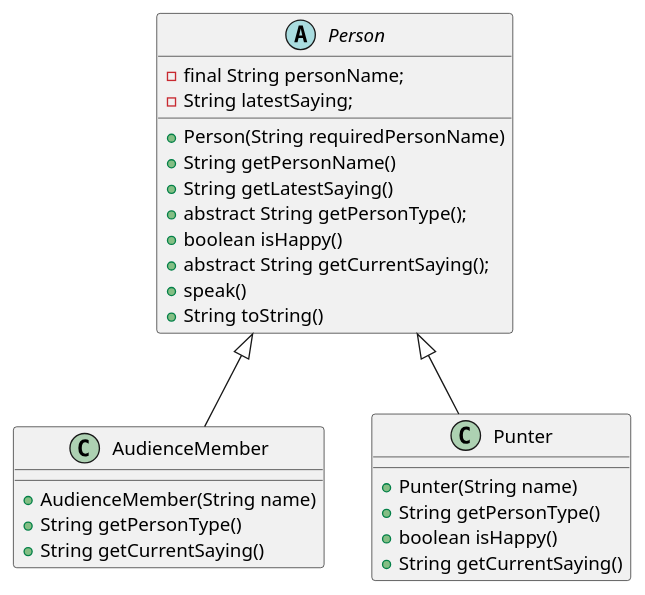
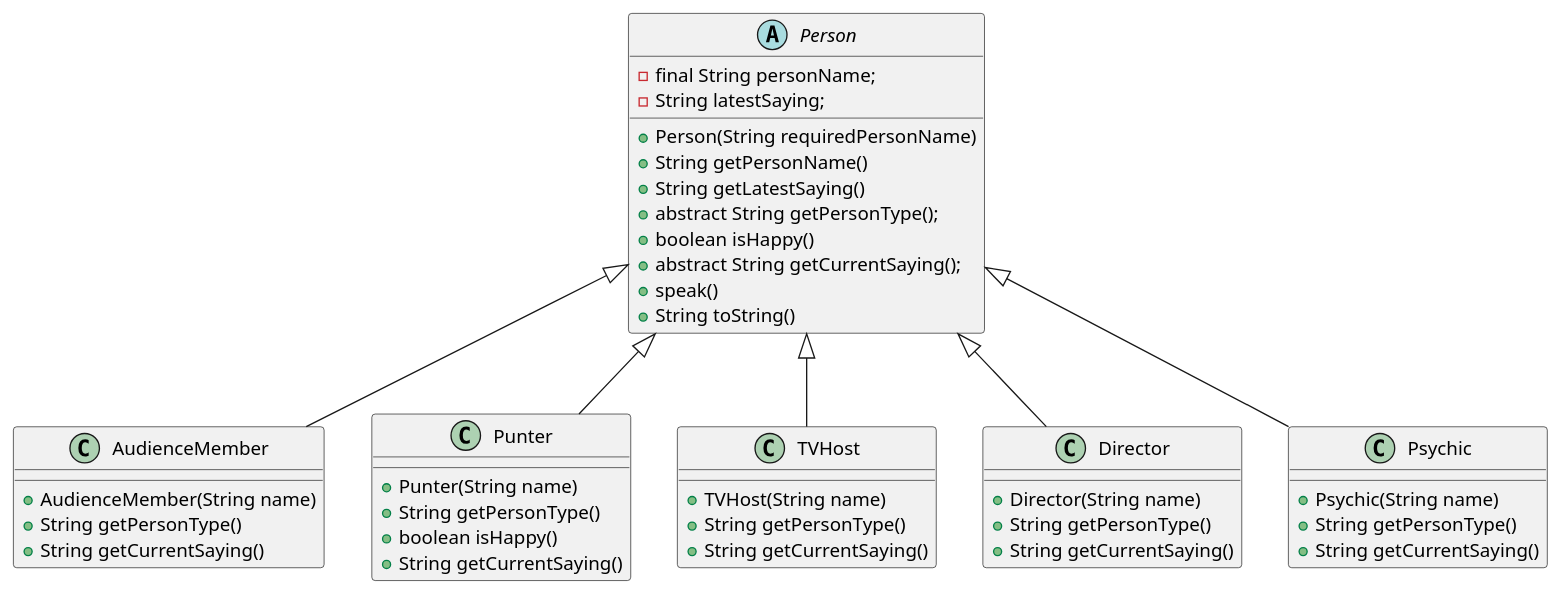
One commit to AdrChm/JJIT changed the diagram in NationalLottery/src/NationalLottery.puml. Above: the diagram before and after it, drawn with PlantUML.

Commit message:
16.7.3 National game UML - TVHost, Director, Psychic class

```diff
--- a/NationalLottery/src/NationalLottery.puml
+++ b/NationalLottery/src/NationalLottery.puml
@@ -1,30 +1,52 @@
 @startuml
 abstract class Person
 {
     - final String personName;
     - String latestSaying;
     + Person(String requiredPersonName)
     + String getPersonName()
     + String getLatestSaying()
     + abstract String getPersonType();
     + boolean isHappy()
     + abstract String getCurrentSaying();
     + speak()
     + String toString()
 }
 
 class AudienceMember extends Person
 {
     + AudienceMember(String name)
     + String getPersonType()
     + String getCurrentSaying()
 }
 
 class Punter extends Person
 {
     + Punter(String name)
     + String getPersonType()
     + boolean isHappy()
     + String getCurrentSaying()
 }
+
+class TVHost extends Person
+{
+    + TVHost(String name)
+    + String getPersonType()
+    + String getCurrentSaying()
+}
+
+class Director extends Person
+{
+    + Director(String name)
+    + String getPersonType()
+    + String getCurrentSaying()
+}
+
+class Psychic extends Person
+{
+    + Psychic(String name)
+    + String getPersonType()
+    + String getCurrentSaying()
+}
+
 @enduml
```
